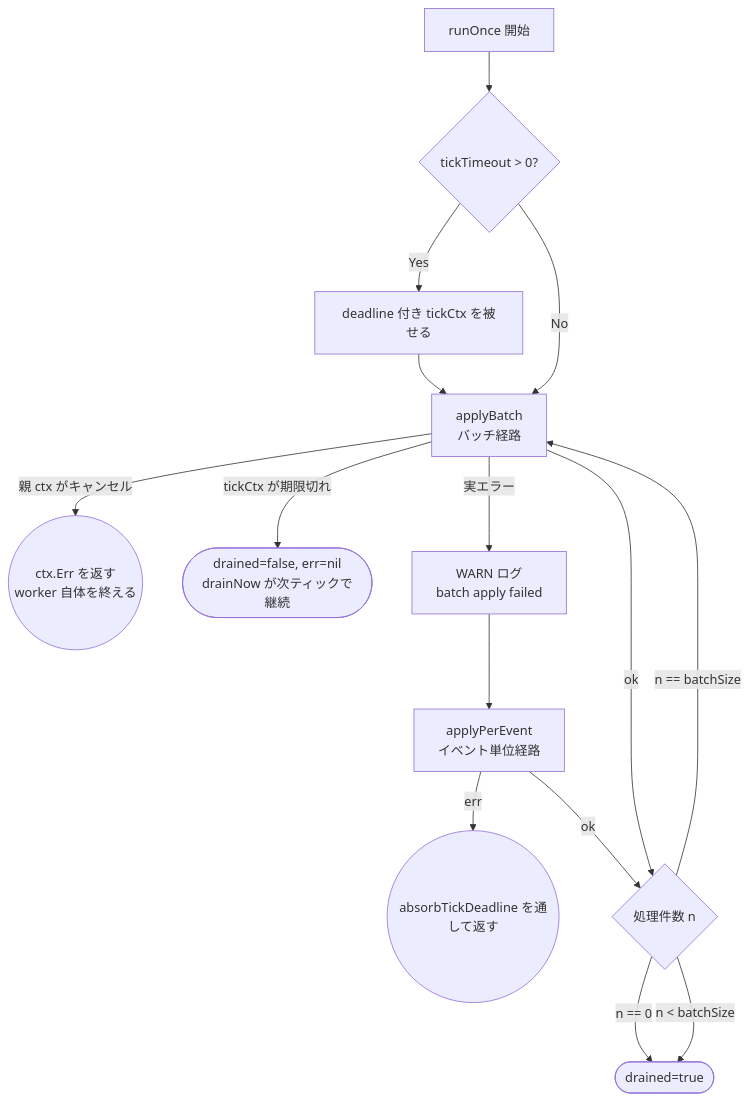
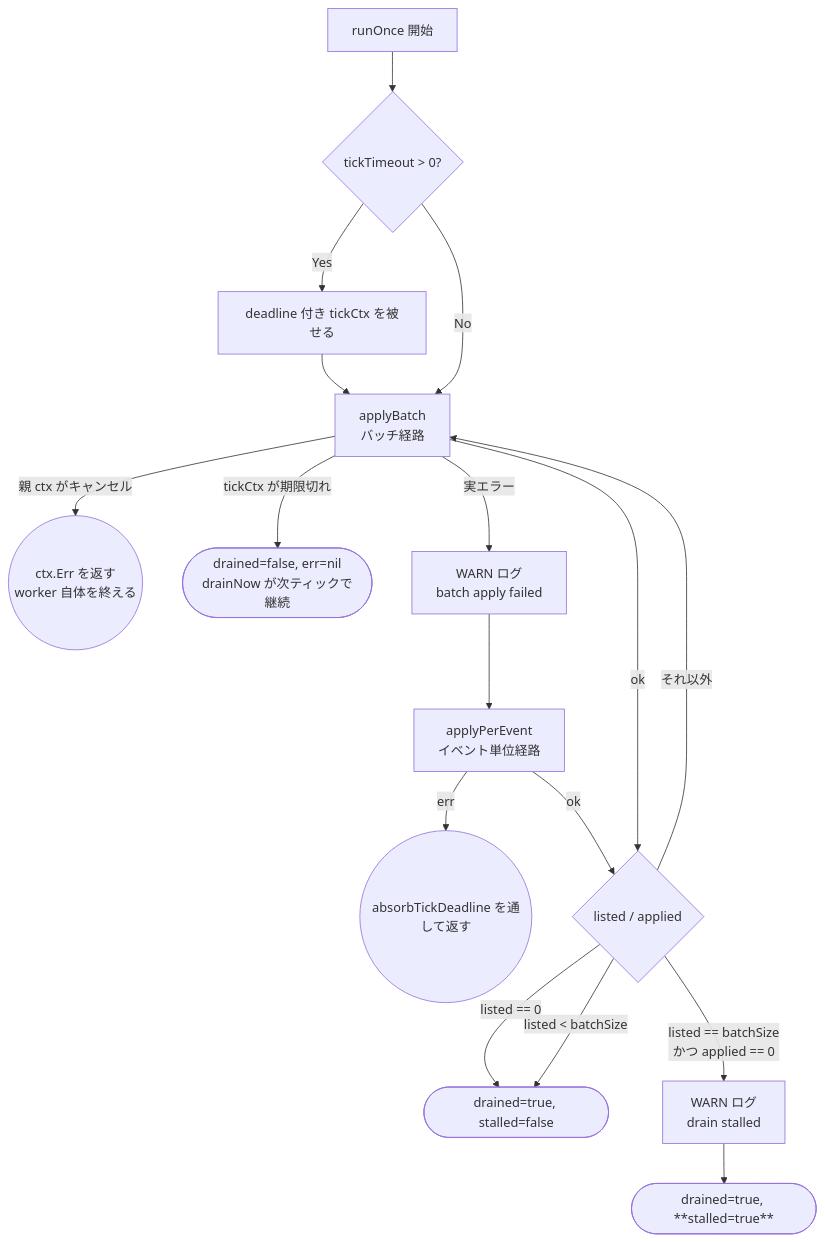
The second of 4 diagrams in docs/testing/outbox-worker.md (uchidas-rogue/game-api-sample), drawn with Mermaid before and after one commit. The commit also changed other lines of this file and 7 other files, not shown here.

````diff
--- a/docs/testing/outbox-worker.md
+++ b/docs/testing/outbox-worker.md
@@ -73,19 +151,20 @@
 ```mermaid
 flowchart TD
     A[runOnce 開始] --> A2{tickTimeout > 0?}
     A2 -- Yes --> A3[deadline 付き tickCtx を被せる]
     A2 -- No --> B
     A3 --> B[applyBatch<br/>バッチ経路]
 
     B -- 親 ctx がキャンセル --> E1((ctx.Err を返す<br/>worker 自体を終える))
     B -- tickCtx が期限切れ --> D1([drained=false, err=nil<br/>drainNow が次ティックで継続])
     B -- 実エラー --> W[WARN ログ<br/>batch apply failed] --> P[applyPerEvent<br/>イベント単位経路]
     B -- ok --> C
 
     P -- err --> E2((absorbTickDeadline を通して返す))
-    P -- ok --> C{処理件数 n}
+    P -- ok --> C{listed / applied}
 
-    C -- n == 0 --> Z([drained=true])
-    C -- n < batchSize --> Z
-    C -- n == batchSize --> B
+    C -- listed == 0 --> Z([drained=true, stalled=false])
+    C -- listed < batchSize --> Z
+    C -- listed == batchSize<br/>かつ applied == 0 --> SW[WARN ログ<br/>drain stalled] --> ZS([drained=true, **stalled=true**])
+    C -- それ以外 --> B
 ```
````
